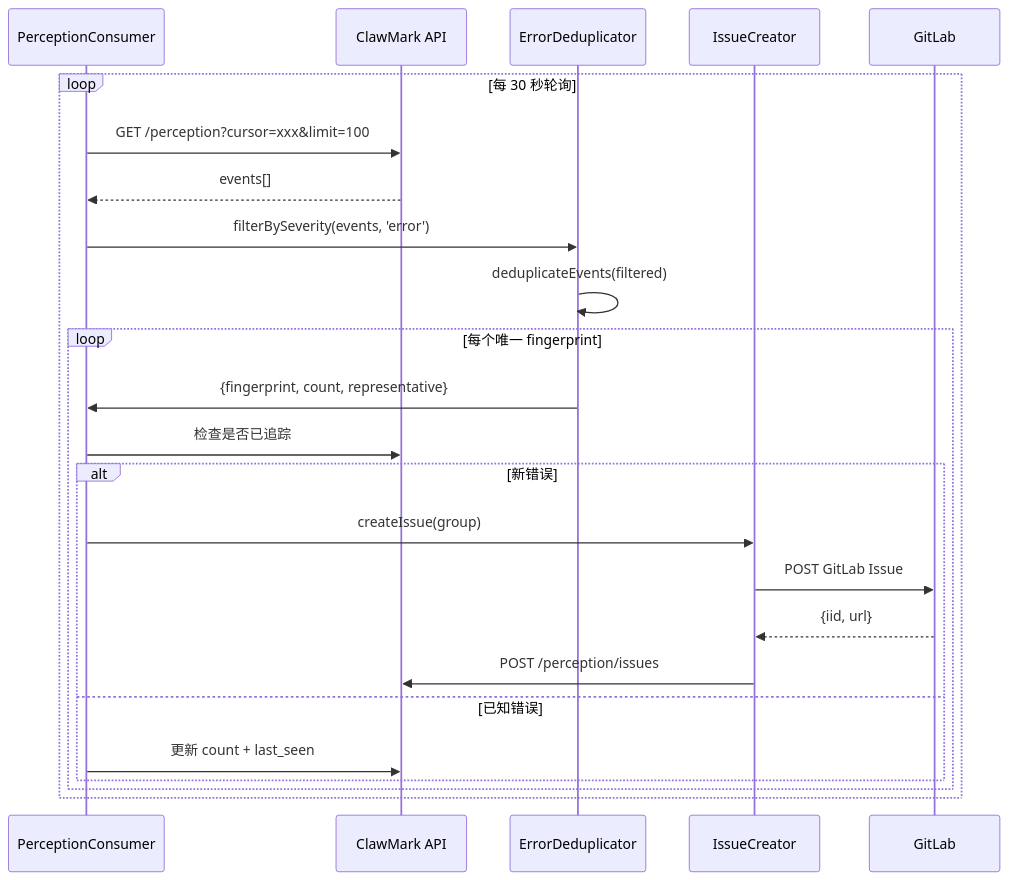
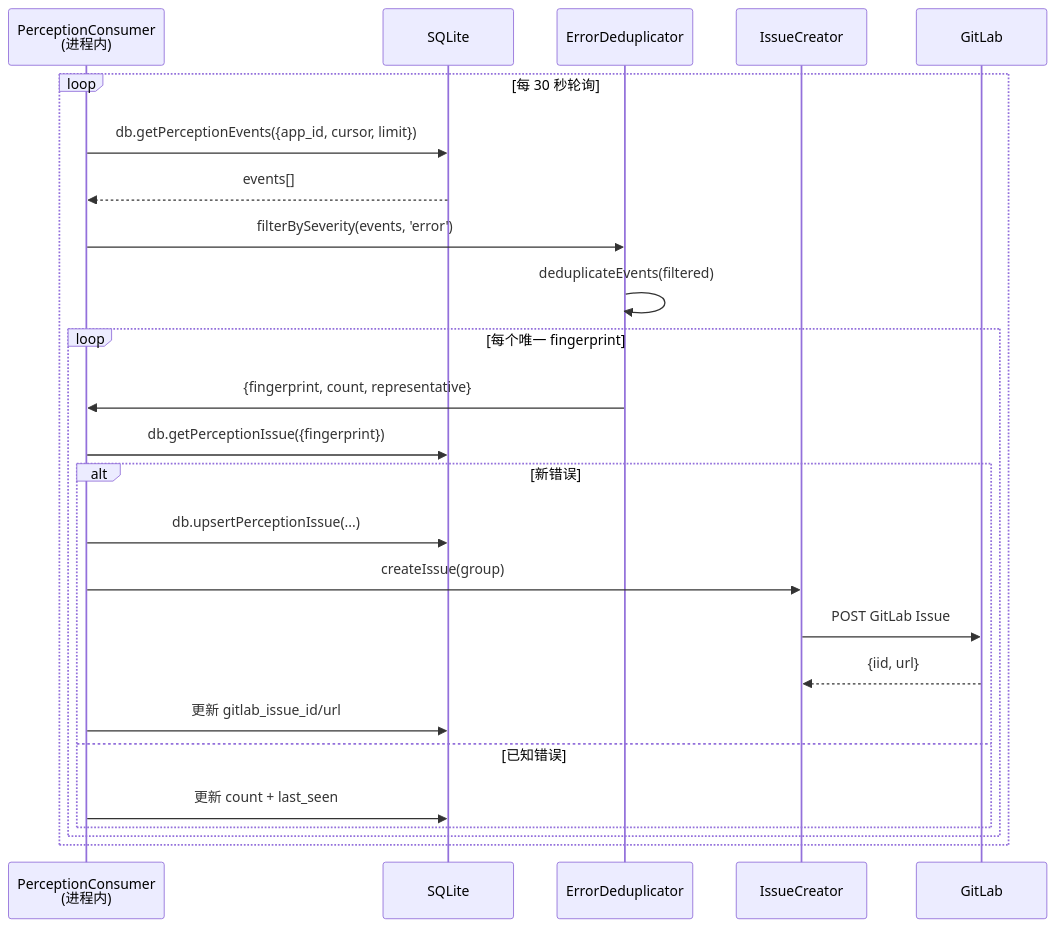
Before and after one commit to coco-xyz/clawmark: the second of 2 diagrams in docs/agent-channel/architecture.md, drawn with Mermaid. The commit also changed other lines of this file and 1 other file, not shown here.

First line of the commit message:
fix(docs): #71 P2 修正 PerceptionConsumer 描述 — 进程内直接读 DB，非 HTTP 轮询

````diff
--- a/docs/agent-channel/architecture.md
+++ b/docs/agent-channel/architecture.md
@@ -109,29 +113,30 @@
 ```mermaid
 sequenceDiagram
-    participant PC as PerceptionConsumer
-    participant API as ClawMark API
+    participant PC as PerceptionConsumer<br/>(进程内)
+    participant DB as SQLite
     participant DD as ErrorDeduplicator
     participant IC as IssueCreator
     participant GL as GitLab
 
     loop 每 30 秒轮询
-        PC->>API: GET /perception?cursor=xxx&limit=100
-        API-->>PC: events[]
+        PC->>DB: db.getPerceptionEvents({app_id, cursor, limit})
+        DB-->>PC: events[]
 
         PC->>DD: filterBySeverity(events, 'error')
         DD->>DD: deduplicateEvents(filtered)
 
         loop 每个唯一 fingerprint
             DD->>PC: {fingerprint, count, representative}
-            PC->>API: 检查是否已追踪
+            PC->>DB: db.getPerceptionIssue({fingerprint})
             alt 新错误
+                PC->>DB: db.upsertPerceptionIssue(...)
                 PC->>IC: createIssue(group)
                 IC->>GL: POST GitLab Issue
                 GL-->>IC: {iid, url}
-                IC->>API: POST /perception/issues
+                PC->>DB: 更新 gitlab_issue_id/url
             else 已知错误
-                PC->>API: 更新 count + last_seen
+                PC->>DB: 更新 count + last_seen
             end
         end
     end
 ```
````
